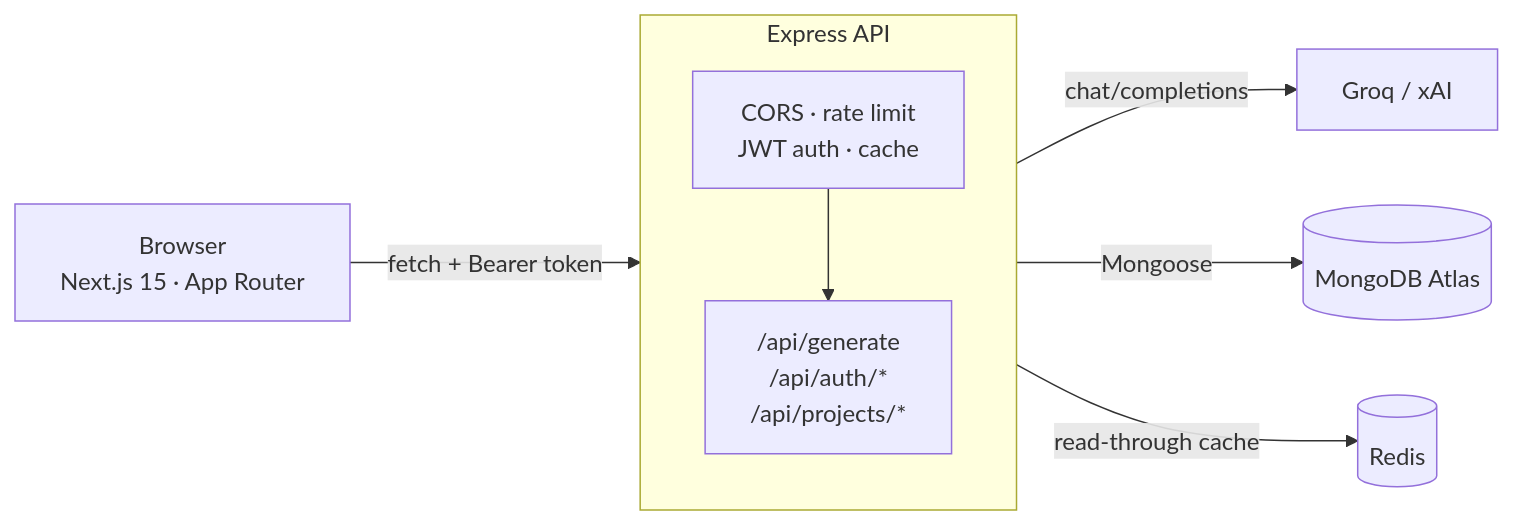
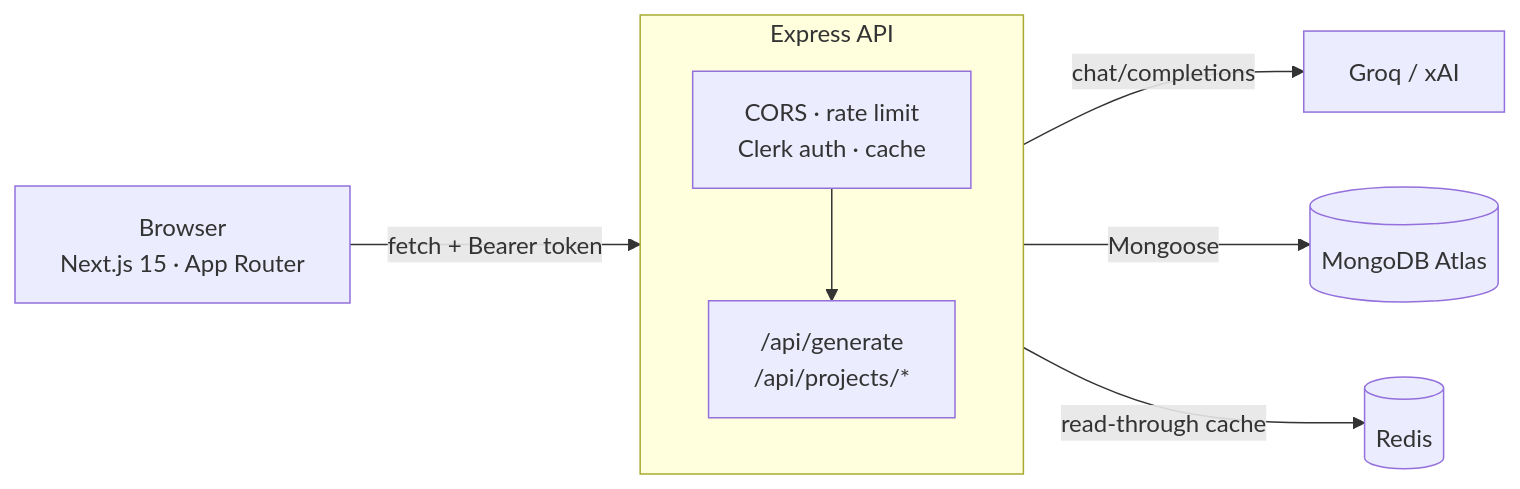
The diagram in README.md (yugankfatehpuria4/HackForge_2.0), drawn with Mermaid before and after one commit. The commit also changed other lines of this file and 27 other files, not shown here.

First line of the commit message:
Replace hand-rolled JWT auth with Clerk

````diff
--- a/README.md
+++ b/README.md
@@ -64,16 +64,16 @@
 ```mermaid
 flowchart LR
     B["Browser<br/>Next.js 15 · App Router"]
 
     subgraph API["Express API"]
         direction TB
-        MW["CORS · rate limit<br/>JWT auth · cache"]
-        RT["/api/generate<br/>/api/auth/*<br/>/api/projects/*"]
+        MW["CORS · rate limit<br/>Clerk auth · cache"]
+        RT["/api/generate<br/>/api/projects/*"]
         MW --> RT
     end
 
     B -- "fetch + Bearer token" --> API
     RT -- "chat/completions" --> G["Groq / xAI"]
     RT -- "Mongoose" --> M[("MongoDB Atlas")]
     MW -- "read-through cache" --> R[("Redis")]
 ```
````
